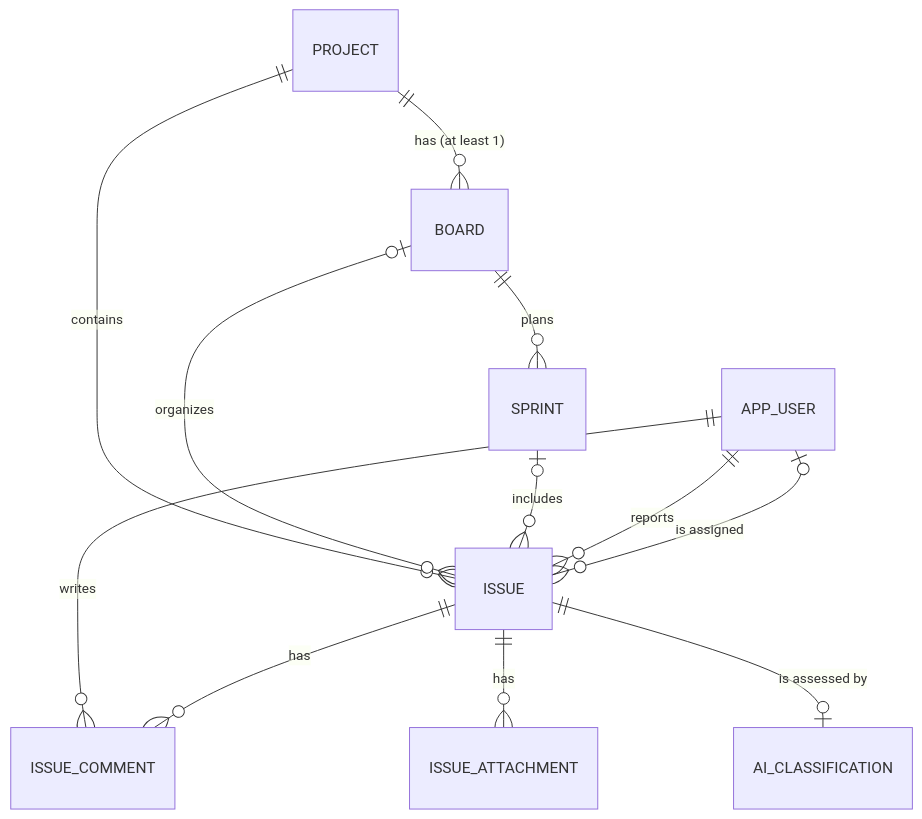
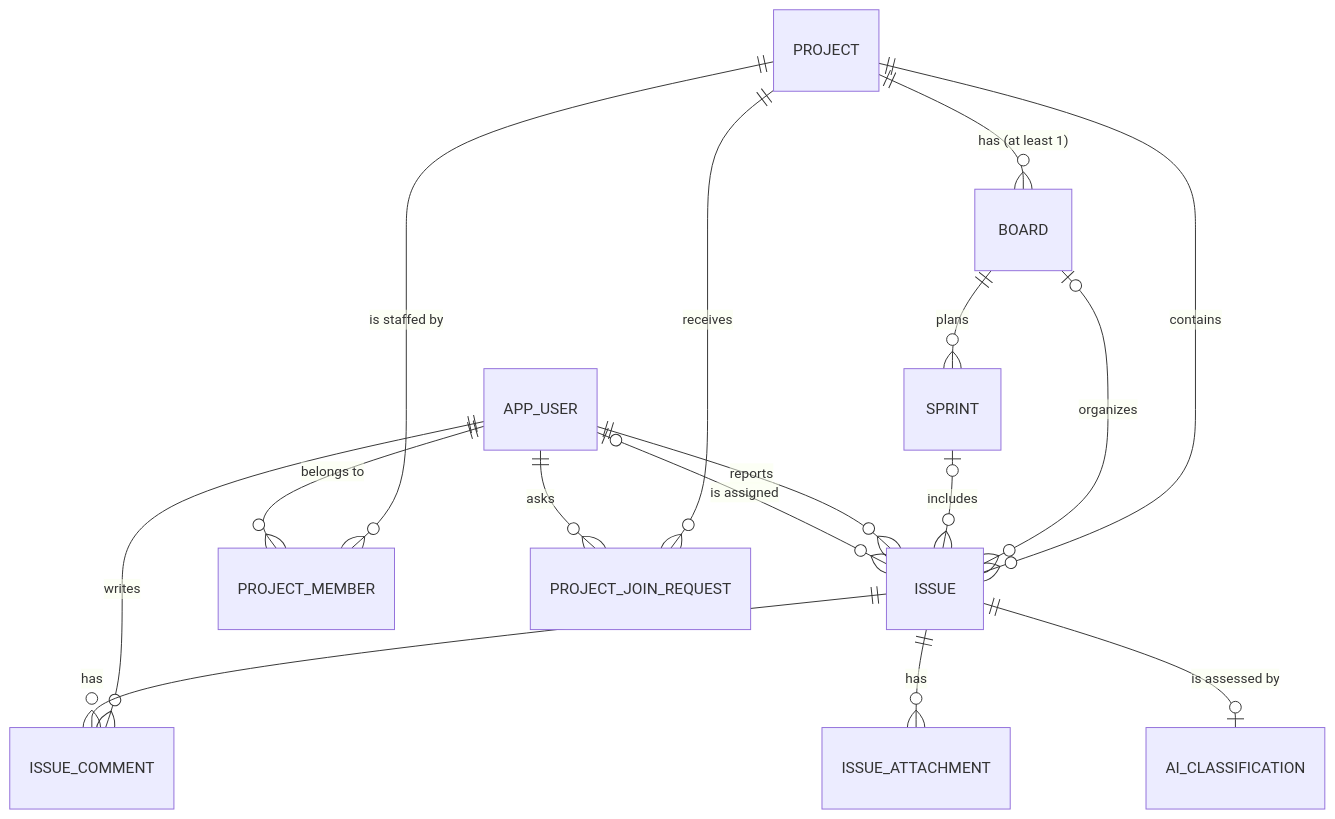
One commit to Abdelmoniem-Ouadoudi/workflow-api changed the diagram in docs/DATA-MODEL.md. Above: the diagram before and after it, drawn with Mermaid. The commit also changed other lines of this file and 107 other files, not shown here.

First line of the commit message:
feat: Implement Project Member Management

````diff
--- a/docs/DATA-MODEL.md
+++ b/docs/DATA-MODEL.md
@@ -28,14 +29,18 @@
 ```mermaid
 erDiagram
     PROJECT   ||--o{ BOARD            : "has (at least 1)"
     PROJECT   ||--o{ ISSUE            : "contains"
+    PROJECT   ||--o{ PROJECT_MEMBER   : "is staffed by"
+    APP_USER  ||--o{ PROJECT_MEMBER   : "belongs to"
+    PROJECT   ||--o{ PROJECT_JOIN_REQUEST : "receives"
+    APP_USER  ||--o{ PROJECT_JOIN_REQUEST : "asks"
     BOARD     ||--o{ SPRINT           : "plans"
     BOARD     |o--o{ ISSUE            : "organizes"
     SPRINT    |o--o{ ISSUE            : "includes"
     APP_USER  ||--o{ ISSUE            : "reports"
     APP_USER  |o--o{ ISSUE            : "is assigned"
     APP_USER  ||--o{ ISSUE_COMMENT    : "writes"
     ISSUE     ||--o{ ISSUE_COMMENT    : "has"
     ISSUE     ||--o{ ISSUE_ATTACHMENT : "has"
     ISSUE     ||--o| AI_CLASSIFICATION : "is assessed by"
 ```
````
